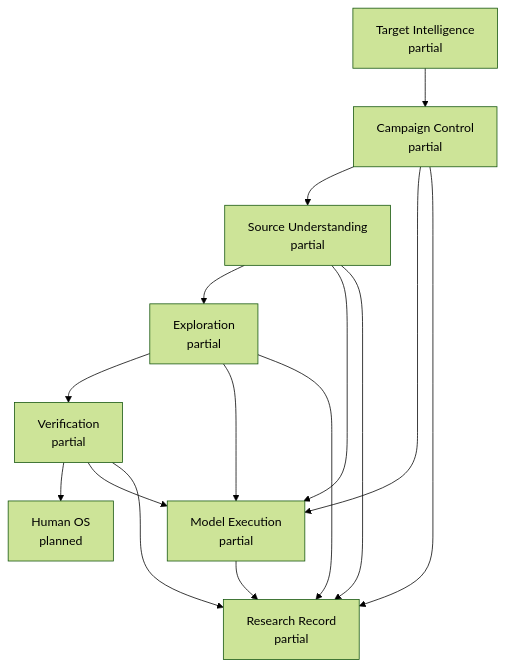
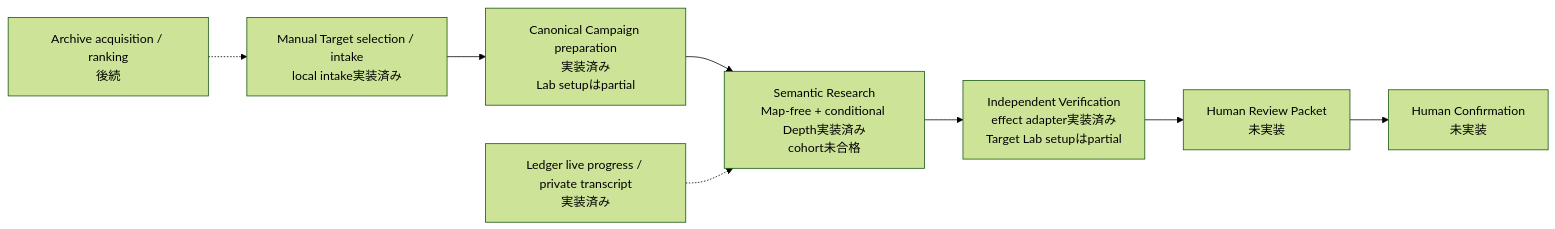
Before and after one commit to momoponwork1415-lgtm/wordpress-harness: the first of 4 diagrams in docs/CODEBASE-GUIDE.md, drawn with Mermaid (forest theme). The commit also changed other lines of this file and 21 other files, not shown here.

````diff
--- a/docs/CODEBASE-GUIDE.md
+++ b/docs/CODEBASE-GUIDE.md
@@ -19,22 +25,14 @@
 ```mermaid
-flowchart TB
-    ti["Target Intelligence<br/>partial"]
-    campaign["Campaign Control<br/>partial"]
-    source["Source Understanding<br/>partial"]
-    explore["Exploration<br/>partial"]
-    verify["Verification<br/>partial"]
-    model["Model Execution<br/>partial"]
-    record["Research Record<br/>partial"]
-    human["Human OS<br/>planned"]
+flowchart LR
+    local["Manual Target selection / intake<br/>local intake実装済み"]
+    prepare["Canonical Campaign preparation<br/>実装済み<br/>Lab setupはpartial"]
+    research["Semantic Research<br/>Map-free + conditional Depth実装済み<br/>cohort未合格"]
+    proof["Independent Verification<br/>effect adapter実装済み<br/>Target Lab setupはpartial"]
+    packet["Human Review Packet<br/>未実装"]
+    confirm["Human Confirmation<br/>未実装"]
 
-    ti --> campaign --> source --> explore --> verify --> human
-    campaign --> model
-    source --> model
-    explore --> model
-    verify --> model
-    campaign --> record
-    source --> record
-    explore --> record
-    verify --> record
-    model --> record
+    local --> prepare --> research --> proof --> packet --> confirm
+
+    auto["Archive acquisition / ranking<br/>後続"] -.-> local
+    observe["Ledger live progress / private transcript<br/>実装済み"] -.-> research
 ```
````
